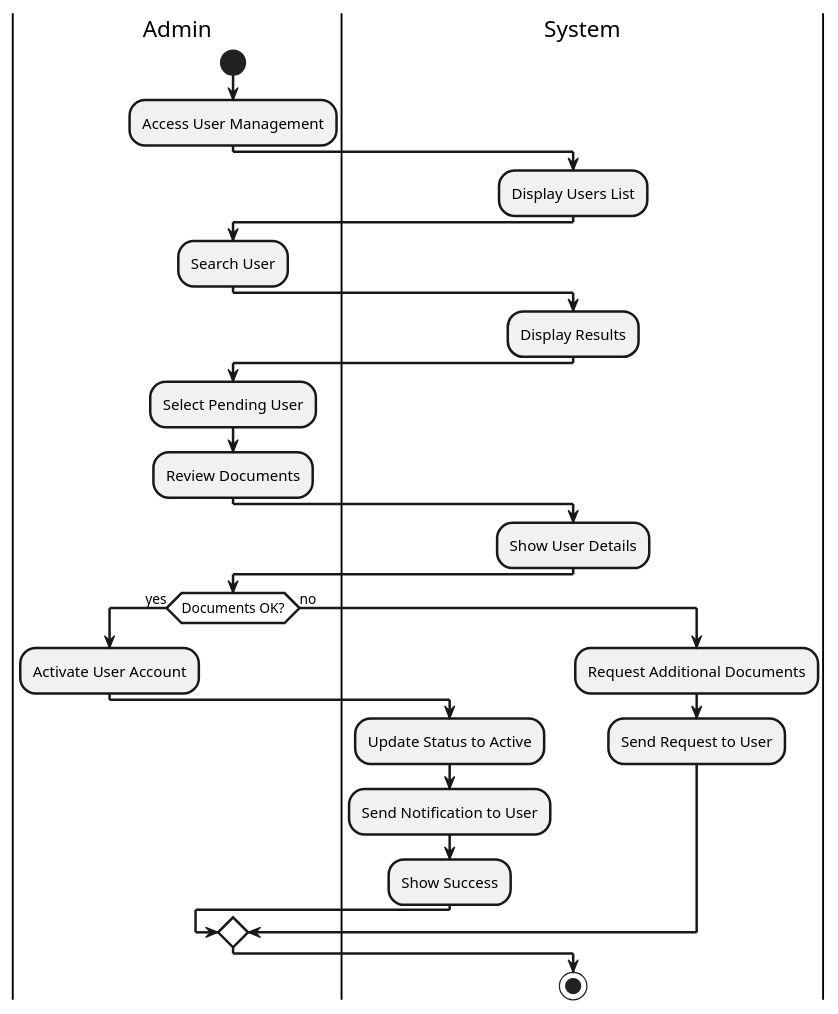
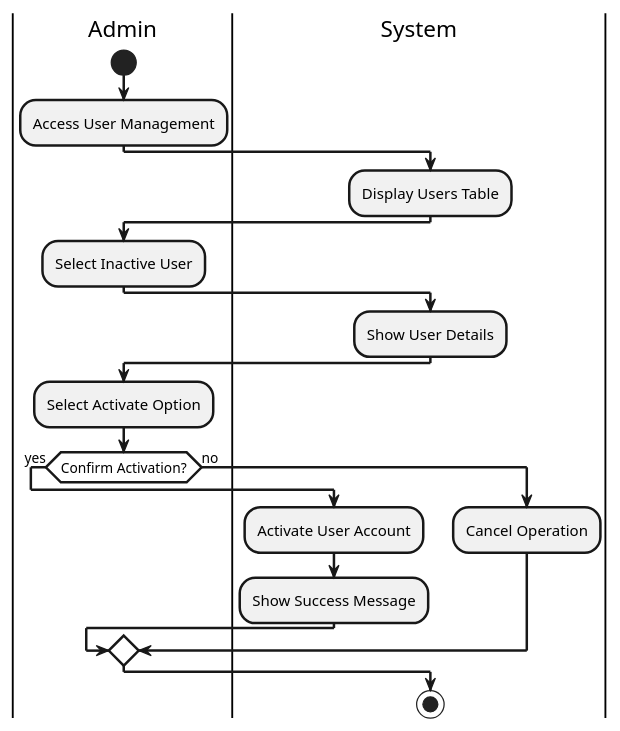
Before and after one commit to KuroKage-001/Mamatid_MedClinic: the diagram in dist/02 - diagrams/Activity_Diagrams/activate_user_activity.puml, drawn with PlantUML. The commit also changed 6 other files, not shown here.

```diff
--- a/dist/02 - diagrams/Activity_Diagrams/activate_user_activity.puml
+++ b/dist/02 - diagrams/Activity_Diagrams/activate_user_activity.puml
@@ -1,45 +1,36 @@
 @startuml
 skinparam defaultTextAlignment center
 skinparam ArrowThickness 2
 skinparam ActivityBorderThickness 2
 skinparam ActivityDiamondBackgroundColor white
 skinparam ActivityDiamondBorderThickness 2
 
 |Admin|
 start
 :Access User Management;
 
 |System|
-:Display Users List;
+:Display Users Table;
 
 |Admin|
-:Search User;
-
-|System|
-:Display Results;
-
-|Admin|
-:Select Pending User;
-:Review Documents;
+:Select Inactive User;
 
 |System|
 :Show User Details;
 
 |Admin|
-if (Documents OK?) then (yes)
+:Select Activate Option;
+
+|Admin|
+if (Confirm Activation?) then (yes)
+  |System|
   :Activate User Account;
-  
+  :Show Success Message;
+else (no)
   |System|
-  :Update Status to Active;
-  :Send Notification to User;
-  :Show Success;
-else (no)
-  :Request Additional Documents;
-  
-  |System|
-  :Send Request to User;
+  :Cancel Operation;
 endif
 
 stop
 
 @enduml 
```
